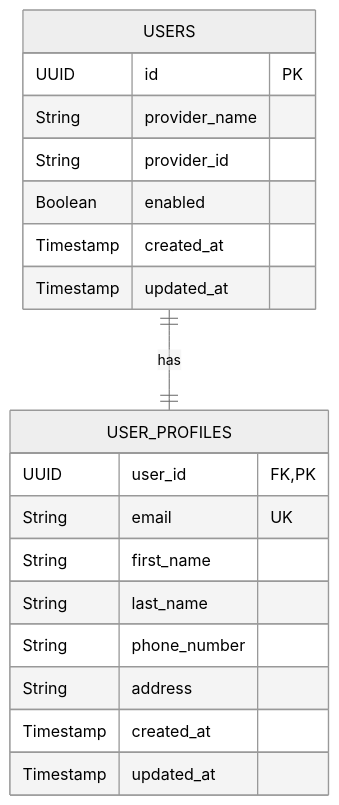
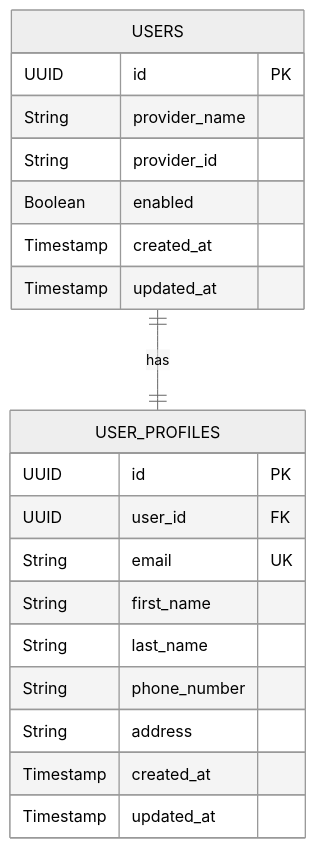
The diagram in specs/002-user-auth-profile/data-model.md (thongdanghoang/scalable-ecommerce-platform), drawn with Mermaid (neutral theme) before and after one commit. The commit also changed other lines of this file and 1 other file, not shown here.

Commit message:
docs: update data model and schema to use separate PK for UserProfile

````diff
--- a/specs/002-user-auth-profile/data-model.md
+++ b/specs/002-user-auth-profile/data-model.md
@@ -8,22 +8,23 @@
 ```mermaid
 erDiagram
     USERS ||--|| USER_PROFILES: "has"
     USERS {
         UUID id PK
         String provider_name
         String provider_id
         Boolean enabled
         Timestamp created_at
         Timestamp updated_at
     }
     USER_PROFILES {
-        UUID user_id FK, PK
+        UUID id PK
+        UUID user_id FK
         String email UK
         String first_name
         String last_name
         String phone_number
         String address
         Timestamp created_at
         Timestamp updated_at
     }
 ```
````
